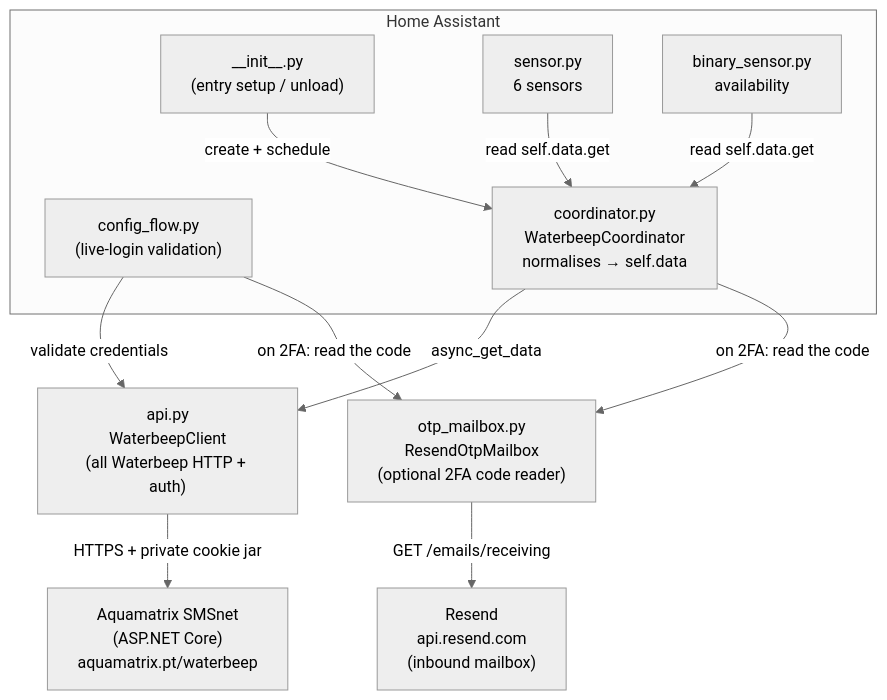
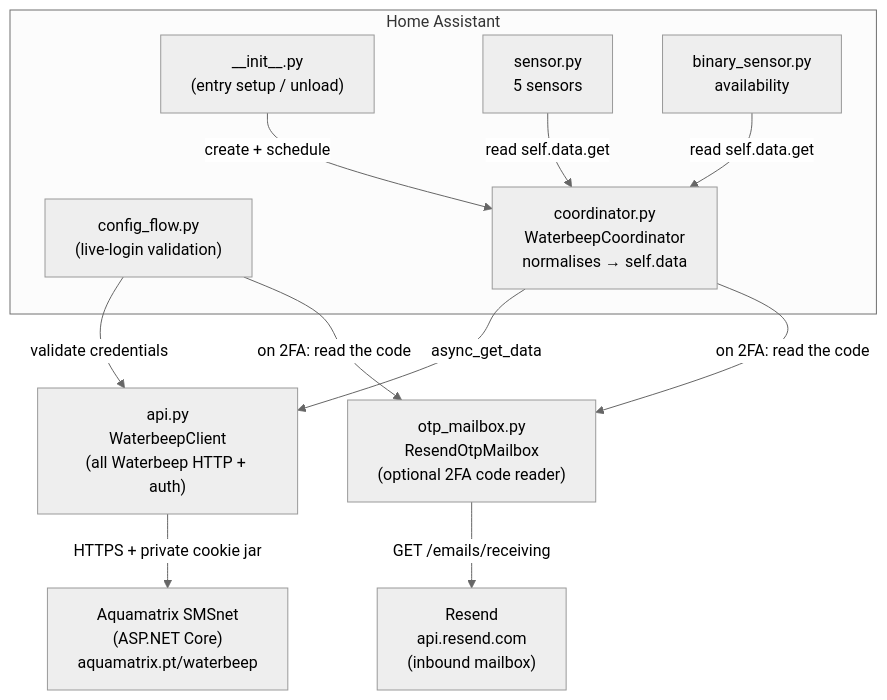
Before and after one commit to JoaoPedroBelo/waterbeep-ha: the first of 4 diagrams in custom_components/waterbeep/docs/ARCHITECTURE.md, drawn with Mermaid (neutral theme). The commit also changed 5 other files, not shown here.

````diff
--- a/custom_components/waterbeep/docs/ARCHITECTURE.md
+++ b/custom_components/waterbeep/docs/ARCHITECTURE.md
@@ -9,24 +9,24 @@
 ```mermaid
 graph TD
     subgraph HA["Home Assistant"]
         CF["config_flow.py<br/>(live-login validation)"]
         INIT["__init__.py<br/>(entry setup / unload)"]
         COORD["coordinator.py<br/>WaterbeepCoordinator<br/>normalises → self.data"]
-        SENS["sensor.py<br/>6 sensors"]
+        SENS["sensor.py<br/>5 sensors"]
         BIN["binary_sensor.py<br/>availability"]
     end
     API["api.py<br/>WaterbeepClient<br/>(all Waterbeep HTTP + auth)"]
     OTP["otp_mailbox.py<br/>ResendOtpMailbox<br/>(optional 2FA code reader)"]
     WB["Aquamatrix SMSnet<br/>(ASP.NET Core)<br/>aquamatrix.pt/waterbeep"]
     RS["Resend<br/>api.resend.com<br/>(inbound mailbox)"]
 
     CF -->|validate credentials| API
     INIT -->|create + schedule| COORD
     COORD -->|async_get_data| API
     API -->|HTTPS + private cookie jar| WB
     COORD -->|"on 2FA: read the code"| OTP
     CF -->|"on 2FA: read the code"| OTP
     OTP -->|GET /emails/receiving| RS
     SENS -->|read self.data.get| COORD
     BIN -->|read self.data.get| COORD
 ```
````
